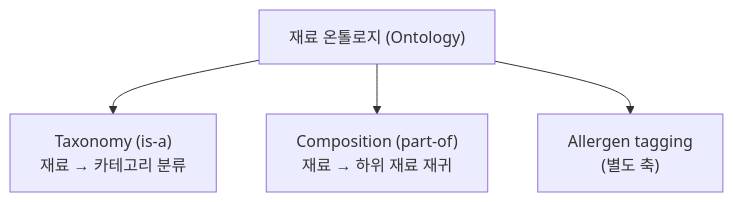
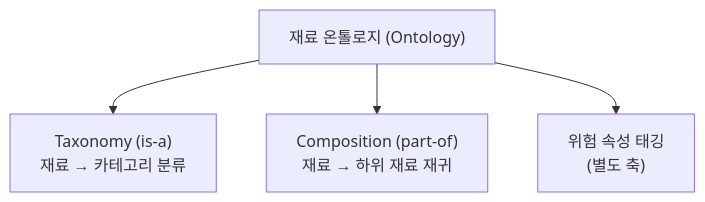
One commit to Han-Spoon/ai changed the first of 3 diagrams in docs/agent-4-DBontology.md. Above: the diagram before and after it, drawn with Mermaid. The commit also changed other lines of this file and 2 other files, not shown here.

````diff
--- a/docs/agent-4-DBontology.md
+++ b/docs/agent-4-DBontology.md
@@ -21,7 +69,7 @@
 ```mermaid
 graph TB
     ONTO["재료 온톨로지 (Ontology)"]
     ONTO --> TAX["Taxonomy (is-a)<br/>재료 → 카테고리 분류"]
     ONTO --> COMP["Composition (part-of)<br/>재료 → 하위 재료 재귀"]
-    ONTO --> ALG["Allergen tagging<br/>(별도 축)"]
+    ONTO --> ALG["위험 속성 태깅<br/>(별도 축)"]
 ```
````
